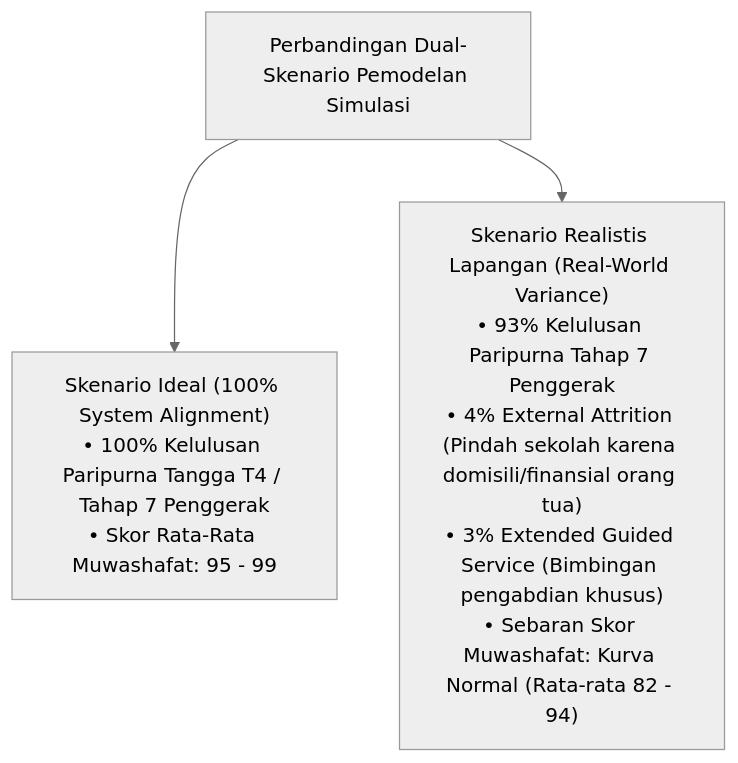
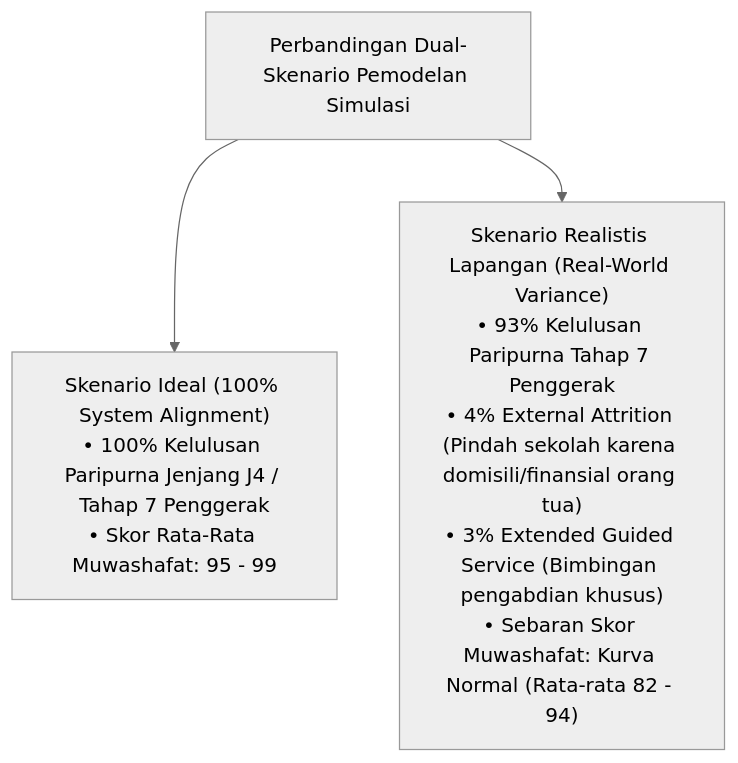
The second of 2 diagrams in SIMULASI/Simulasi-Cohort-100-Santri-Kls7-sd-Pengabdian.md (wandiapriliyandi/tumbuh), drawn with Mermaid (neutral theme) before and after one commit. The commit also changed other lines of this file and 209 other files, not shown here.

````diff
--- a/SIMULASI/Simulasi-Cohort-100-Santri-Kls7-sd-Pengabdian.md
+++ b/SIMULASI/Simulasi-Cohort-100-Santri-Kls7-sd-Pengabdian.md
@@ -85,6 +85,6 @@
 ```mermaid
 graph TD
     SensitivityModel["Perbandingan Dual-Skenario Pemodelan Simulasi"]
-    SensitivityModel --> IdealPath["Skenario Ideal (100% System Alignment)<br/>• 100% Kelulusan Paripurna Tangga T4 / Tahap 7 Penggerak<br/>• Skor Rata-Rata Muwashafat: 95 - 99"]
+    SensitivityModel --> IdealPath["Skenario Ideal (100% System Alignment)<br/>• 100% Kelulusan Paripurna Jenjang J4 / Tahap 7 Penggerak<br/>• Skor Rata-Rata Muwashafat: 95 - 99"]
     SensitivityModel --> RealisticPath["Skenario Realistis Lapangan (Real-World Variance)<br/>• 93% Kelulusan Paripurna Tahap 7 Penggerak<br/>• 4% External Attrition (Pindah sekolah karena domisili/finansial orang tua)<br/>• 3% Extended Guided Service (Bimbingan pengabdian khusus)<br/>• Sebaran Skor Muwashafat: Kurva Normal (Rata-rata 82 - 94)"]
 ```
````
